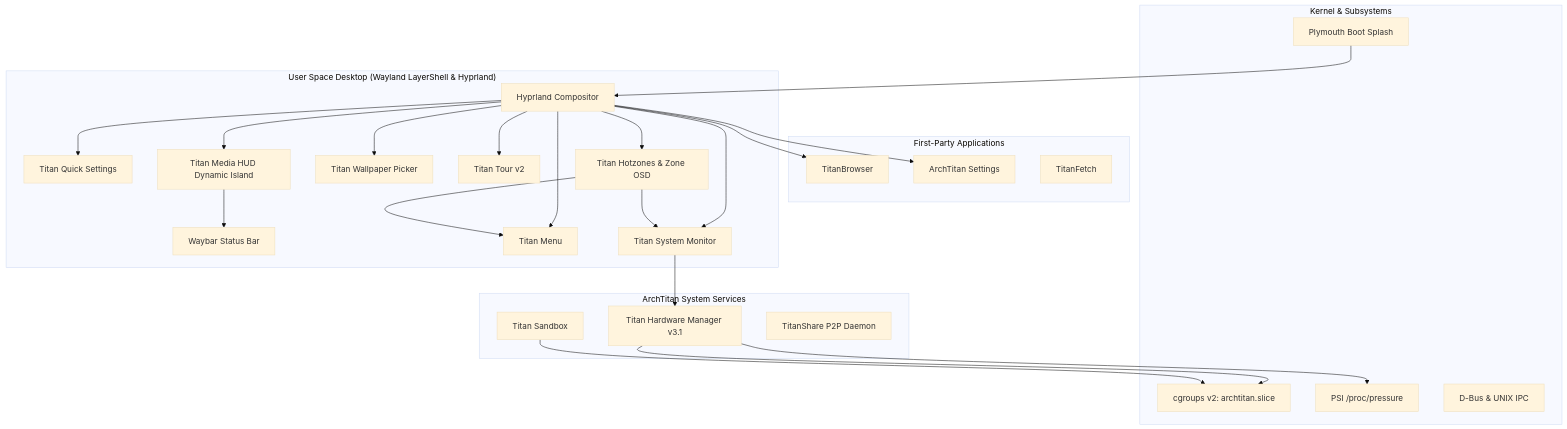
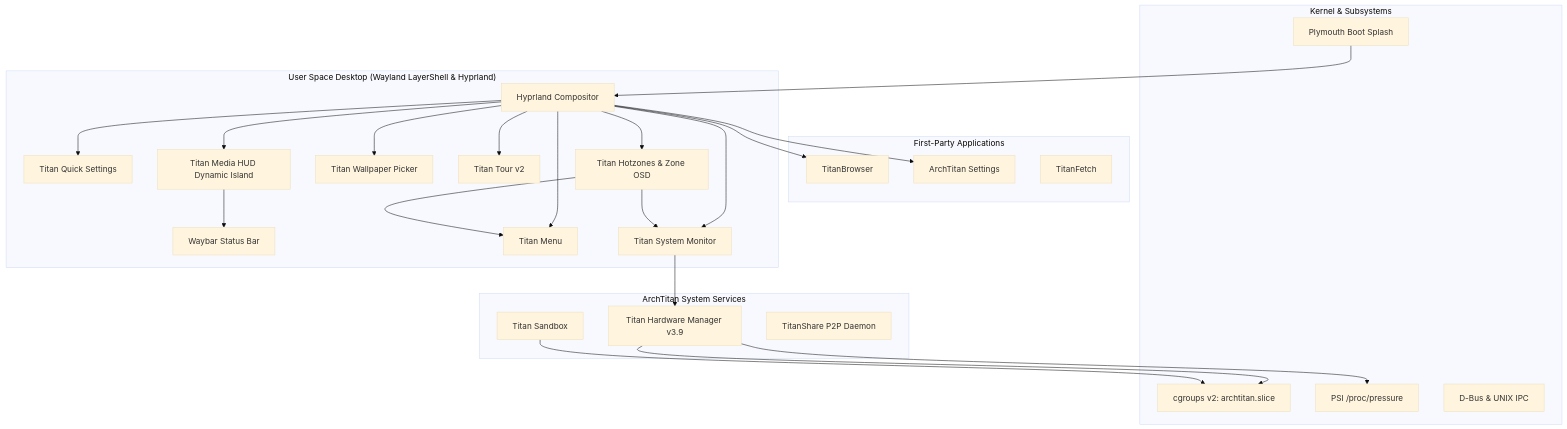
One commit to GitGuru29/ArchTitan-OS changed the diagram in wiki/Home.md. Above: the diagram before and after it, drawn with Mermaid (base theme). The commit also changed other lines of this file and 8 other files, not shown here.

````diff
--- a/wiki/Home.md
+++ b/wiki/Home.md
@@ -57,51 +57,51 @@
 ```mermaid
 graph TB
     subgraph User["User Space Desktop (Wayland LayerShell & Hyprland)"]
         H[Hyprland Compositor]
         W[Waybar Status Bar]
         TQ[Titan Quick Settings]
         TM[Titan Menu]
         TSM[Titan System Monitor]
         THZ[Titan Hotzones & Zone OSD]
         TWP[Titan Wallpaper Picker]
         TT[Titan Tour v2]
         HUD[Titan Media HUD Dynamic Island]
     end
 
     subgraph Apps["First-Party Applications"]
         TB[TitanBrowser]
         TS_GUI[ArchTitan Settings]
         TF[TitanFetch]
     end
 
     subgraph ArchTitan["ArchTitan System Services"]
-        THM[Titan Hardware Manager v3.1]
+        THM[Titan Hardware Manager v3.9]
         TS[Titan Sandbox]
         TSS[TitanShare P2P Daemon]
     end
 
     subgraph Kernel["Kernel & Subsystems"]
         CG[cgroups v2: archtitan.slice]
         PSI[PSI /proc/pressure]
         PLY[Plymouth Boot Splash]
         DB[D-Bus & UNIX IPC]
     end
 
     H --> TQ
     H --> TM
     H --> TSM
     H --> THZ
     H --> TWP
     H --> TT
     H --> HUD
     H --> TB
     H --> TS_GUI
     THZ --> TSM
     THZ --> TM
     HUD --> W
     TSM --> THM
     THM --> CG
     THM --> PSI
     TS --> CG
     PLY --> H
 ```
````
